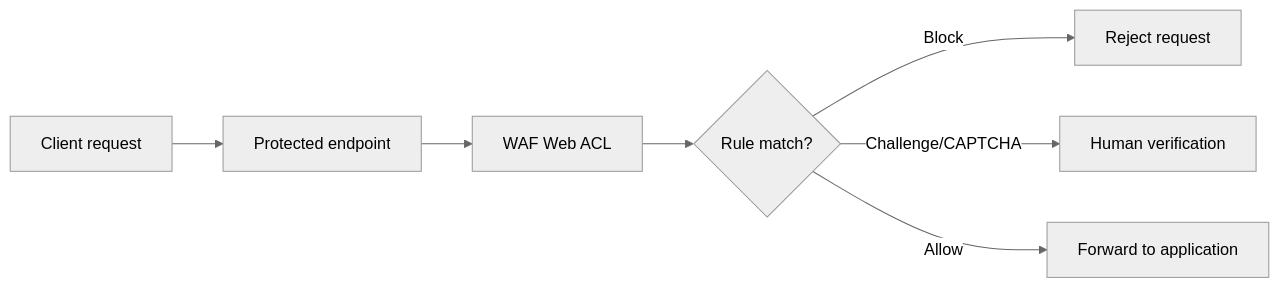
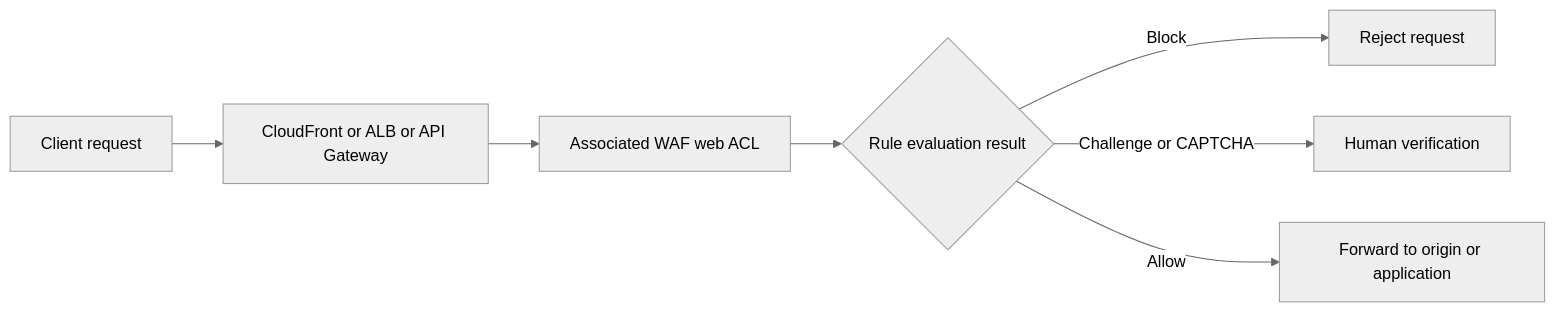
Before and after one commit to rooneyviet/aws-learning-obsidian: the diagram in 01 - Identity, Security, and Governance/WAF.md, drawn with Mermaid (neutral theme). The commit also changed 16 other files, not shown here.

Commit message:
update diagrams

````diff
--- a/01 - Identity, Security, and Governance/WAF.md
+++ b/01 - Identity, Security, and Governance/WAF.md
@@ -33,9 +33,9 @@
 ```mermaid
 flowchart LR
-    A[Client request] --> B[Protected endpoint]
-    B --> C[WAF Web ACL]
-    C --> D{Rule match?}
+    A[Client request] --> B[CloudFront or ALB or API Gateway]
+    B --> C[Associated WAF web ACL]
+    C --> D{Rule evaluation result}
     D -->|Block| E[Reject request]
-    D -->|Challenge/CAPTCHA| F[Human verification]
-    D -->|Allow| G[Forward to application]
+    D -->|Challenge or CAPTCHA| F[Human verification]
+    D -->|Allow| G[Forward to origin or application]
 ```
````
